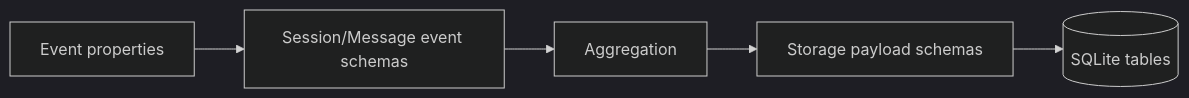
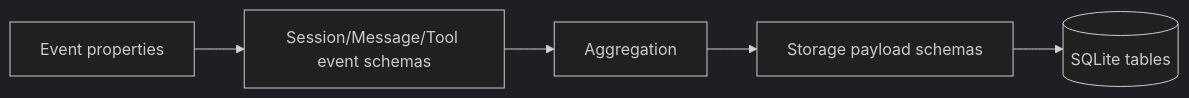
Before and after one commit to dxta-dev/clankers: the diagram in lode/data-model/schemas.md, drawn with Mermaid (dark theme). The commit also changed other lines of this file and 11 other files, not shown here.

````diff
--- a/lode/data-model/schemas.md
+++ b/lode/data-model/schemas.md
@@ -32,7 +50,7 @@
 ```mermaid
 flowchart LR
-  Event[Event properties] --> EventSchemas[Session/Message event schemas]
+  Event[Event properties] --> EventSchemas[Session/Message/Tool event schemas]
   EventSchemas --> Aggregation[Aggregation]
   Aggregation --> PayloadSchemas[Storage payload schemas]
   PayloadSchemas --> SQLite[(SQLite tables)]
 ```
````
